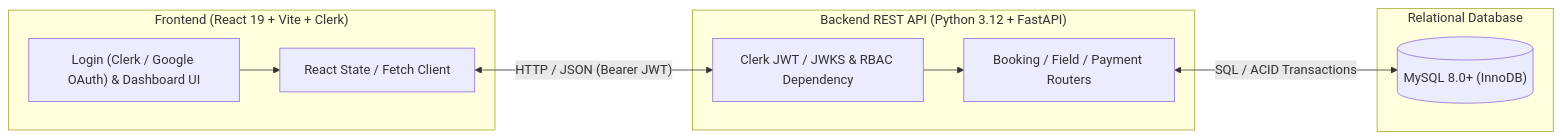
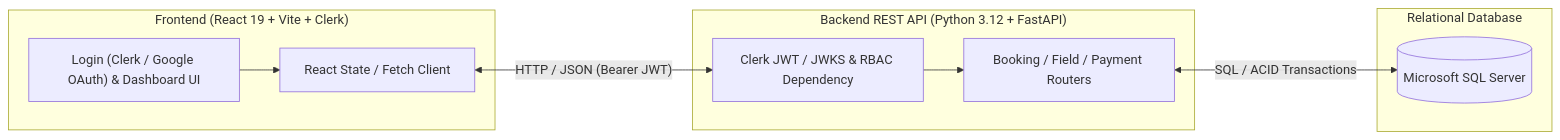
The second of 2 diagrams in project_specification.md (huydu-2006/DB-Lab), drawn with Mermaid before and after one commit. The commit also changed other lines of this file and 16 other files, not shown here.

Commit message:
refactor: update .gitignore refactor to sql server

````diff
--- a/project_specification.md
+++ b/project_specification.md
@@ -172,21 +172,21 @@
 ```mermaid
 flowchart LR
     subgraph Client["Frontend (React 19 + Vite + Clerk)"]
         UI["Login (Clerk / Google OAuth) & Dashboard UI"]
         State["React State / Fetch Client"]
     end
 
     subgraph Server["Backend REST API (Python 3.12 + FastAPI)"]
         Auth["Clerk JWT / JWKS & RBAC Dependency"]
         Controllers["Booking / Field / Payment Routers"]
     end
 
     subgraph DB["Relational Database"]
-        RDBMS[("MySQL 8.0+ (InnoDB)")]
+        RDBMS[("Microsoft SQL Server")]
     end
 
     UI --> State
     State <-->|"HTTP / JSON (Bearer JWT)"| Auth
     Auth --> Controllers
     Controllers <-->|"SQL / ACID Transactions"| RDBMS
 ```
````
